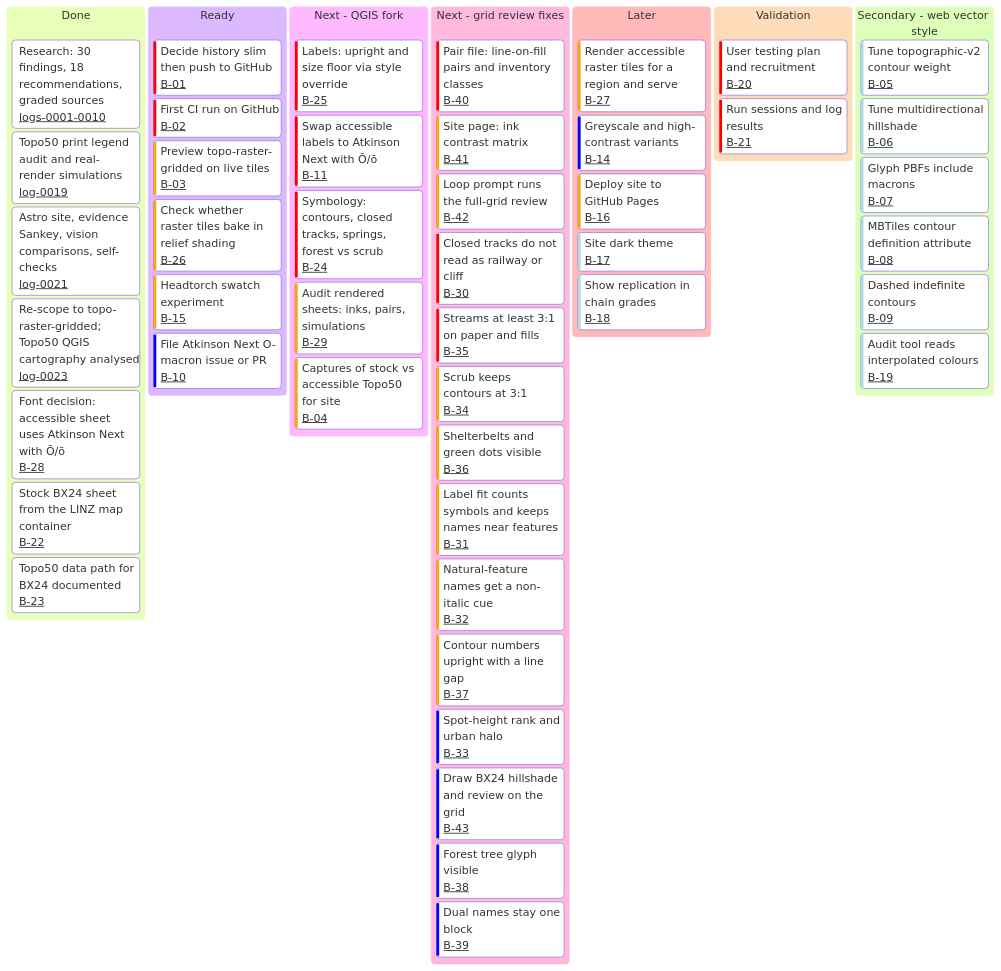
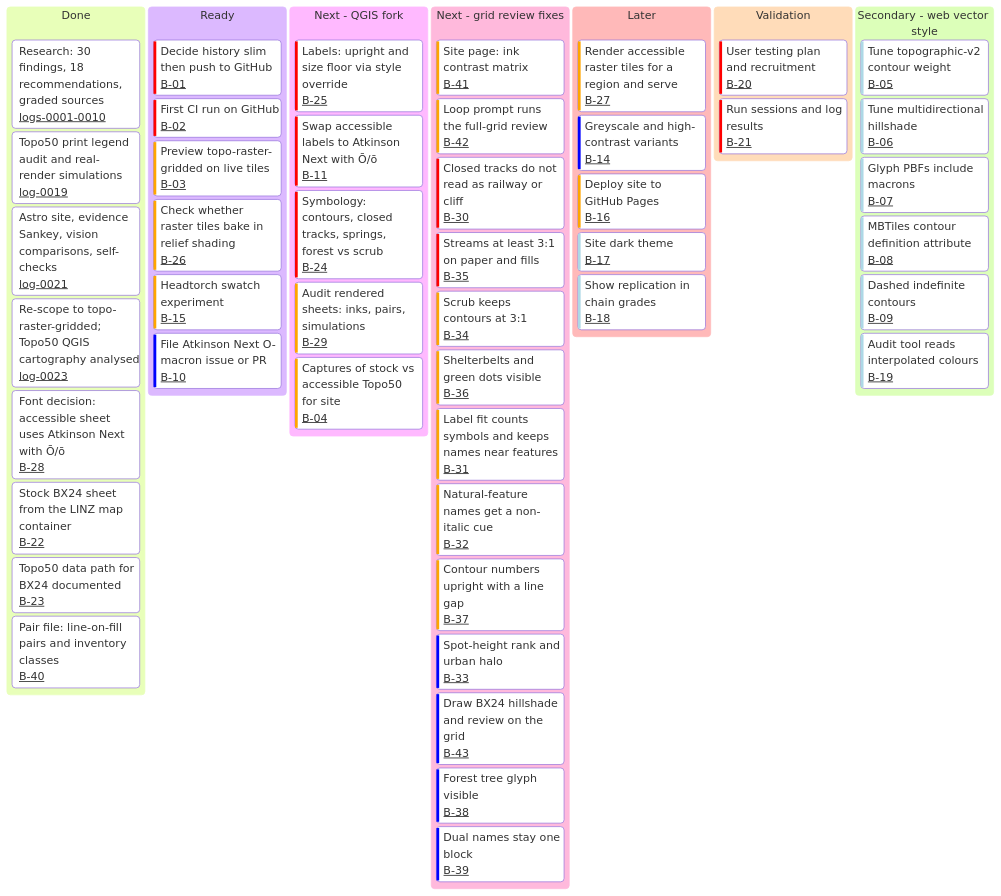
Before and after one commit to joshmcarthur/nz-accessible-topo: the diagram in BACKLOG.md, drawn with Mermaid. The commit also changed other lines of this file and 9 other files, not shown here.

First line of the commit message:
docs: pair file reports line-on-fill fails (log 0061)

````diff
--- a/BACKLOG.md
+++ b/BACKLOG.md
@@ -31,60 +32,60 @@
 ```mermaid
 ---
 config:
   kanban:
     ticketBaseUrl: '#'
 ---
 kanban
   done[Done]
     d1[Research: 30 findings, 18 recommendations, graded sources]@{ ticket: logs-0001-0010 }
     d2[Topo50 print legend audit and real-render simulations]@{ ticket: log-0019 }
     d3[Astro site, evidence Sankey, vision comparisons, self-checks]@{ ticket: log-0021 }
     d4[Re-scope to topo-raster-gridded; Topo50 QGIS cartography analysed]@{ ticket: log-0023 }
     d5[Font decision: accessible sheet uses Atkinson Next with Ō/ō]@{ ticket: B-28 }
     d6[Stock BX24 sheet from the LINZ map container]@{ ticket: B-22 }
     d7[Topo50 data path for BX24 documented]@{ ticket: B-23 }
+    d8[Pair file: line-on-fill pairs and inventory classes]@{ ticket: B-40 }
   ready[Ready]
     b01[Decide history slim then push to GitHub]@{ ticket: B-01, priority: 'Very High' }
     b02[First CI run on GitHub]@{ ticket: B-02, priority: 'Very High' }
     b03[Preview topo-raster-gridded on live tiles]@{ ticket: B-03, priority: 'High' }
     b26[Check whether raster tiles bake in relief shading]@{ ticket: B-26, priority: 'High' }
     b15[Headtorch swatch experiment]@{ ticket: B-15, priority: 'High' }
     b10[File Atkinson Next O-macron issue or PR]@{ ticket: B-10, priority: 'Low' }
   next[Next - QGIS fork]
     b25[Labels: upright and size floor via style override]@{ ticket: B-25, priority: 'Very High' }
     b11[Swap accessible labels to Atkinson Next with Ō/ō]@{ ticket: B-11, priority: 'Very High' }
     b24[Symbology: contours, closed tracks, springs, forest vs scrub]@{ ticket: B-24, priority: 'Very High' }
     b29[Audit rendered sheets: inks, pairs, simulations]@{ ticket: B-29, priority: 'High' }
     b04[Captures of stock vs accessible Topo50 for site]@{ ticket: B-04, priority: 'High' }
   review[Next - grid review fixes]
-    b40[Pair file: line-on-fill pairs and inventory classes]@{ ticket: B-40, priority: 'Very High' }
     b41[Site page: ink contrast matrix]@{ ticket: B-41, priority: 'High' }
     b42[Loop prompt runs the full-grid review]@{ ticket: B-42, priority: 'High' }
     b30[Closed tracks do not read as railway or cliff]@{ ticket: B-30, priority: 'Very High' }
     b35[Streams at least 3:1 on paper and fills]@{ ticket: B-35, priority: 'Very High' }
     b34[Scrub keeps contours at 3:1]@{ ticket: B-34, priority: 'High' }
     b36[Shelterbelts and green dots visible]@{ ticket: B-36, priority: 'High' }
     b31[Label fit counts symbols and keeps names near features]@{ ticket: B-31, priority: 'High' }
     b32[Natural-feature names get a non-italic cue]@{ ticket: B-32, priority: 'High' }
     b37[Contour numbers upright with a line gap]@{ ticket: B-37, priority: 'High' }
     b33[Spot-height rank and urban halo]@{ ticket: B-33, priority: 'Low' }
     b43[Draw BX24 hillshade and review on the grid]@{ ticket: B-43, priority: 'Low' }
     b38[Forest tree glyph visible]@{ ticket: B-38, priority: 'Low' }
     b39[Dual names stay one block]@{ ticket: B-39, priority: 'Low' }
   later[Later]
     b27[Render accessible raster tiles for a region and serve]@{ ticket: B-27, priority: 'High' }
     b14[Greyscale and high-contrast variants]@{ ticket: B-14, priority: 'Low' }
     b16[Deploy site to GitHub Pages]@{ ticket: B-16, priority: 'High' }
     b17[Site dark theme]@{ ticket: B-17, priority: 'Very Low' }
     b18[Show replication in chain grades]@{ ticket: B-18, priority: 'Very Low' }
   validate[Validation]
     b20[User testing plan and recruitment]@{ ticket: B-20, priority: 'Very High' }
     b21[Run sessions and log results]@{ ticket: B-21, priority: 'Very High' }
   secondary[Secondary - web vector style]
     b05[Tune topographic-v2 contour weight]@{ ticket: B-05, priority: 'Very Low' }
     b06[Tune multidirectional hillshade]@{ ticket: B-06, priority: 'Very Low' }
     b07[Glyph PBFs include macrons]@{ ticket: B-07, priority: 'Very Low' }
     b08[MBTiles contour definition attribute]@{ ticket: B-08, priority: 'Very Low' }
     b09[Dashed indefinite contours]@{ ticket: B-09, priority: 'Very Low' }
     b19[Audit tool reads interpolated colours]@{ ticket: B-19, priority: 'Very Low' }
 ```
````
